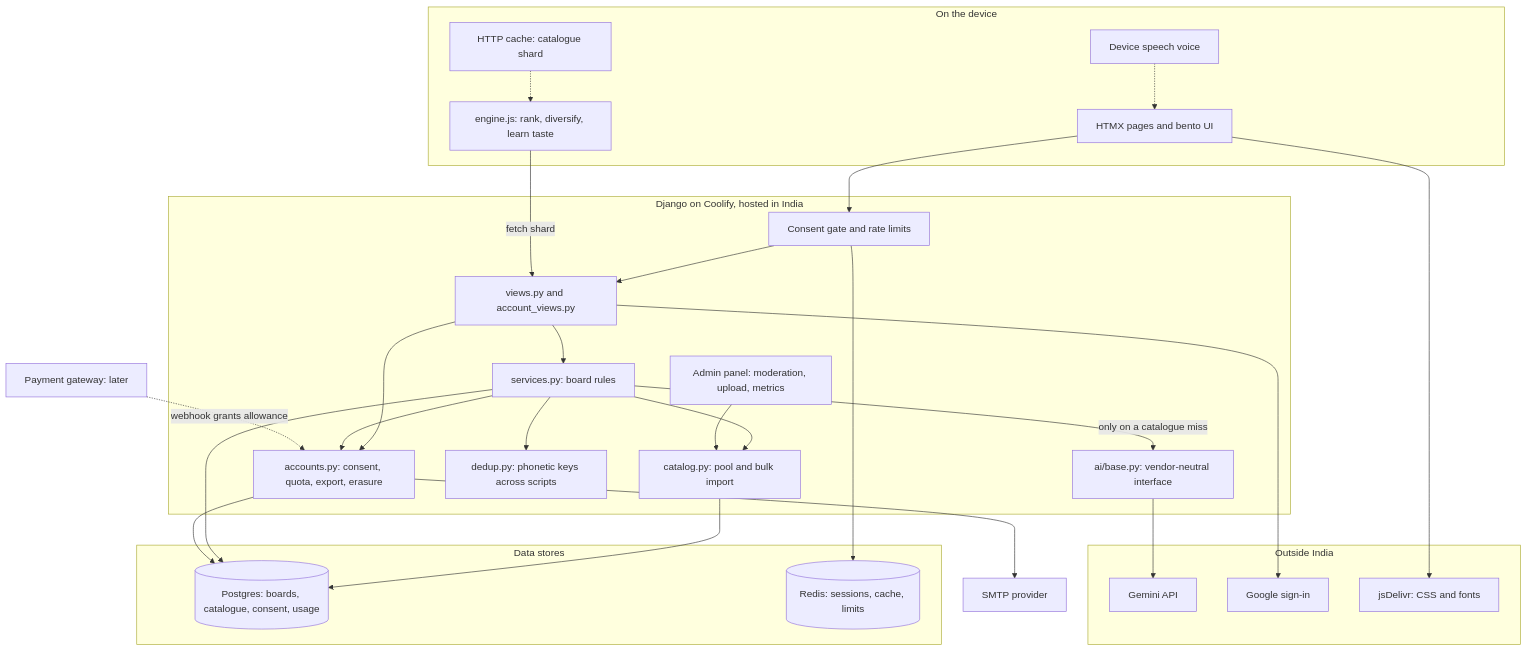
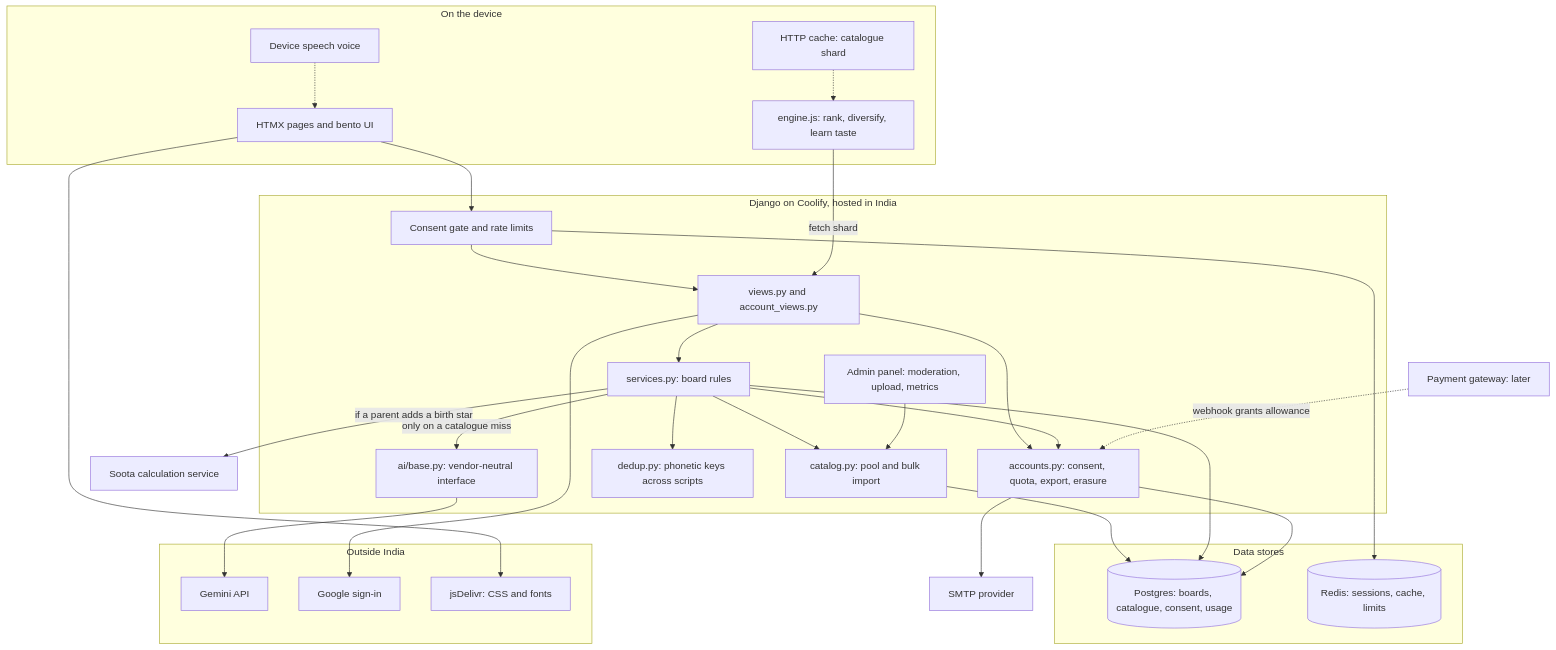
One commit to gilga98/name-catcher changed the first of 3 diagrams in docs/ARCHITECTURE.md. Above: the diagram before and after it, drawn with Mermaid. The commit also changed other lines of this file and 33 other files, not shown here.

First line of the commit message:
Add birth stars and numerology from Soota

````diff
--- a/docs/ARCHITECTURE.md
+++ b/docs/ARCHITECTURE.md
@@ -5,49 +5,51 @@
 ```mermaid
 flowchart TB
   subgraph device["On the device"]
     engine["engine.js: rank, diversify, learn taste"]
     voice["Device speech voice"]
     cache["HTTP cache: catalogue shard"]
     ui["HTMX pages and bento UI"]
   end
 
   subgraph server["Django on Coolify, hosted in India"]
     gate["Consent gate and rate limits"]
     views["views.py and account_views.py"]
     services["services.py: board rules"]
     catalog["catalog.py: pool and bulk import"]
     accounts["accounts.py: consent, quota, export, erasure"]
     dedup["dedup.py: phonetic keys across scripts"]
     admin["Admin panel: moderation, upload, metrics"]
     aiport["ai/base.py: vendor-neutral interface"]
   end
 
   subgraph data["Data stores"]
     pg[("Postgres: boards, catalogue, consent, usage")]
     redis[("Redis: sessions, cache, limits")]
   end
 
   subgraph external["Outside India"]
     gemini["Gemini API"]
     google["Google sign-in"]
     cdn["jsDelivr: CSS and fonts"]
   end
 
   smtp["SMTP provider"]
+  soota["Soota calculation service"]
   later["Payment gateway: later"]
 
   ui --> gate --> views
   engine -- "fetch shard" --> views
   cache -.-> engine
   views --> services & accounts
   services --> catalog & dedup & accounts
   services -- "only on a catalogue miss" --> aiport --> gemini
+  services -- "if a parent adds a birth star" --> soota
   admin --> catalog
   catalog & services & accounts --> pg
   gate --> redis
   views --> google
   accounts --> smtp
   ui --> cdn
   voice -.-> ui
   later -. "webhook grants allowance" .-> accounts
 ```
````
